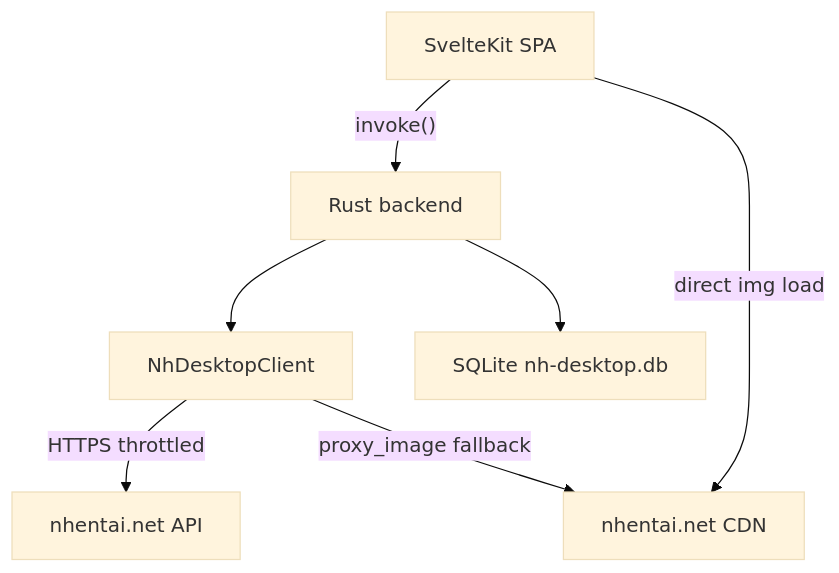
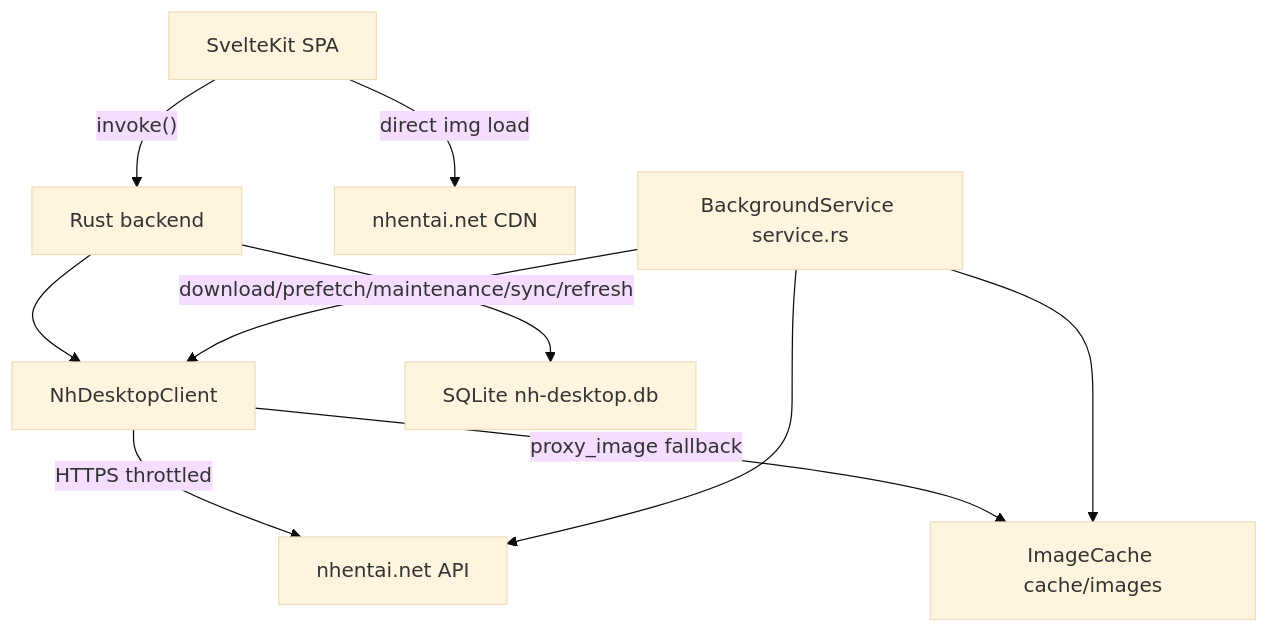
The diagram in wiki/Architecture.md (HELIX-Origin/nhentai-desktop), drawn with Mermaid (base theme) before and after one commit. The commit also changed other lines of this file and 68 other files, not shown here.

````diff
--- a/wiki/Architecture.md
+++ b/wiki/Architecture.md
@@ -7,9 +7,12 @@
 ```mermaid
 flowchart TD
     A[SvelteKit SPA] -->|"invoke()"| B[Rust backend]
     A -->|"direct img load"| E[nhentai.net CDN]
     B --> C[NhDesktopClient]
     C -->|"HTTPS throttled"| D[nhentai.net API]
-    C -->|"proxy_image fallback"| E
+    C -->|"proxy_image fallback"| K[ImageCache cache/images]
     B --> F[SQLite nh-desktop.db]
+    S[BackgroundService service.rs] -->|"download/prefetch/maintenance/sync/refresh"| C
+    S --> D
+    S --> K
 ```
````
